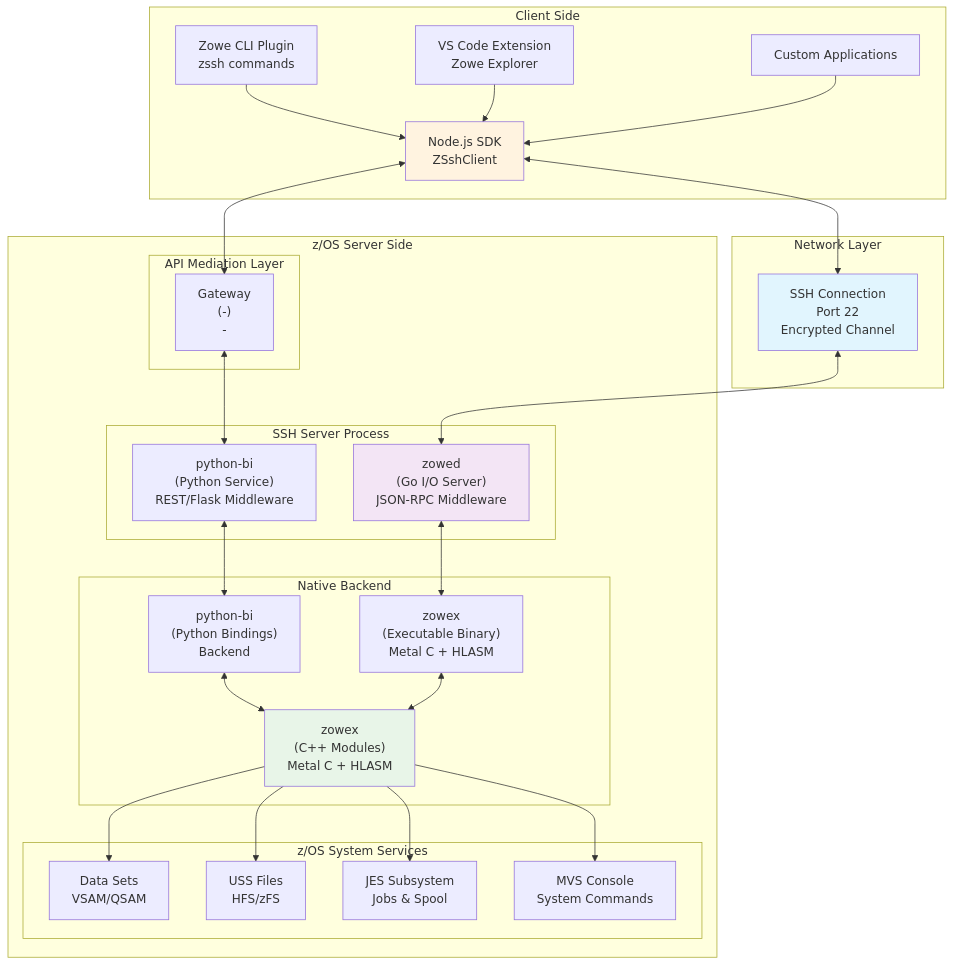
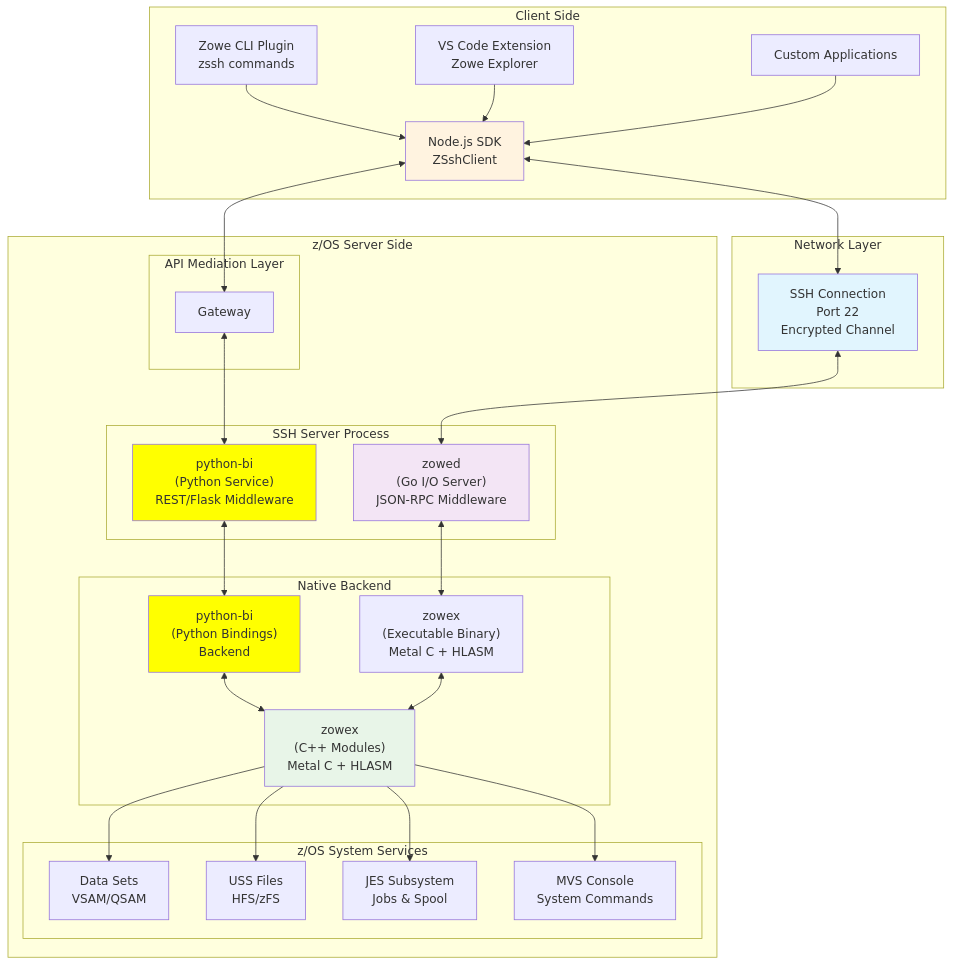
Before and after one commit to zowe/zowe-native-proto: the first of 13 diagrams in doc/architecture-comparisons.md, drawn with Mermaid.

````diff
--- a/doc/architecture-comparisons.md
+++ b/doc/architecture-comparisons.md
@@ -9,58 +9,60 @@
 ```mermaid
 graph TB
     subgraph "Client Side"
         CLI["Zowe CLI Plugin<br/>zssh commands"]
         VSC["VS Code Extension<br/>Zowe Explorer"]
         SDK["Node.js SDK<br/>ZSshClient"]
         APP["Custom Applications"]
 
         CLI --> SDK
         VSC --> SDK
         APP --> SDK
     end
 
     subgraph "Network Layer"
         SSH["SSH Connection<br/>Port 22<br/>Encrypted Channel"]
     end
 
     subgraph "z/OS Server Side"
         subgraph "API Mediation Layer"
-            ZOWEA["Gateway<br/>(-)<br/>-"]
+            ZOWEA["Gateway"]
         end
         subgraph "SSH Server Process"
             ZOWED["zowed<br/>(Go I/O Server)<br/>JSON-RPC Middleware"]
             ZOWEP["python-bi<br/>(Python Service)<br/>REST/Flask Middleware"]
         end
 
         subgraph "Native Backend"
             ZOWEX2["zowex<br/>(Executable Binary)<br/>Metal C + HLASM"]
             ZOWEP2["python-bi<br/>(Python Bindings)<br/>Backend"]
             ZOWEX["zowex<br/>(C++ Modules)<br/>Metal C + HLASM"]
         end
 
         subgraph "z/OS System Services"
             DS["Data Sets<br/>VSAM/QSAM"]
             USS["USS Files<br/>HFS/zFS"]
             JES["JES Subsystem<br/>Jobs & Spool"]
             MVS["MVS Console<br/>System Commands"]
         end
     end
 
     SDK <--> SSH
     SDK <--> ZOWEA
     SSH <--> ZOWED
     ZOWEA <--> ZOWEP
     ZOWEP <--> ZOWEP2
     ZOWEP2 <--> ZOWEX
     ZOWED <--> ZOWEX2
     ZOWEX2 <--> ZOWEX
     ZOWEX --> DS
     ZOWEX --> USS
     ZOWEX --> JES
     ZOWEX --> MVS
 
     style SSH fill:#e1f5fe
     style ZOWED fill:#f3e5f5
+    style ZOWEP fill:#ffff00
+    style ZOWEP2 fill:#ffff00
     style ZOWEX fill:#e8f5e8
     style SDK fill:#fff3e0
 ```
````
